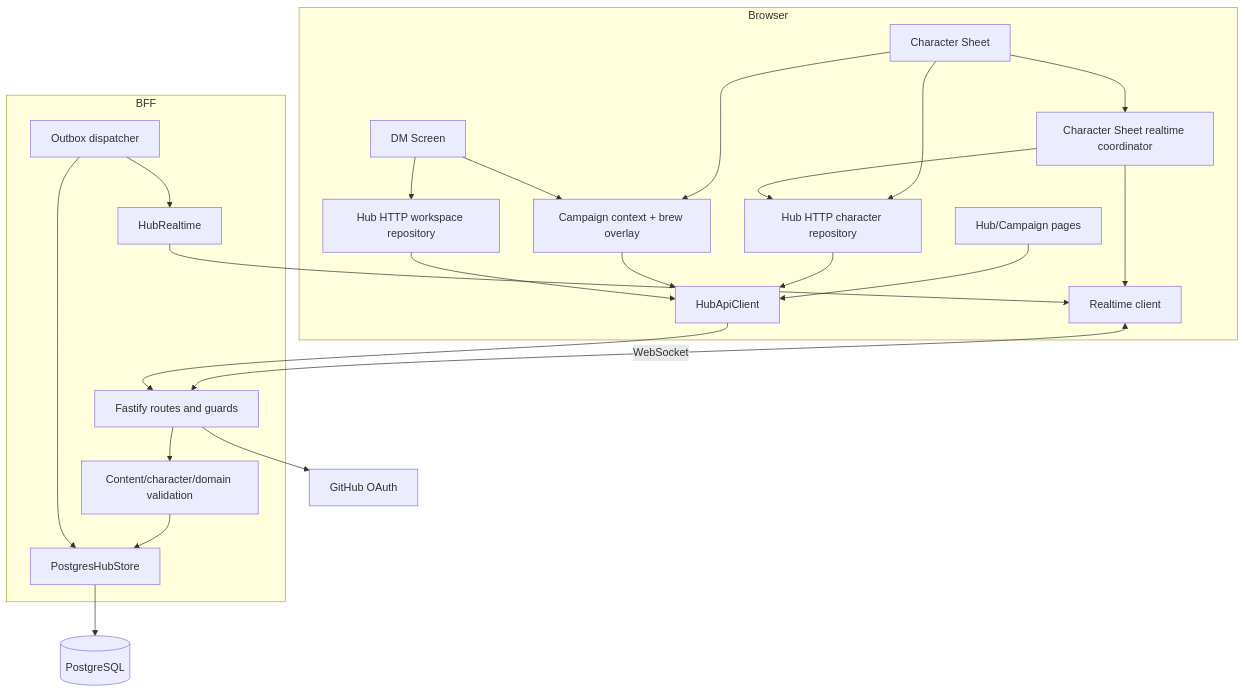
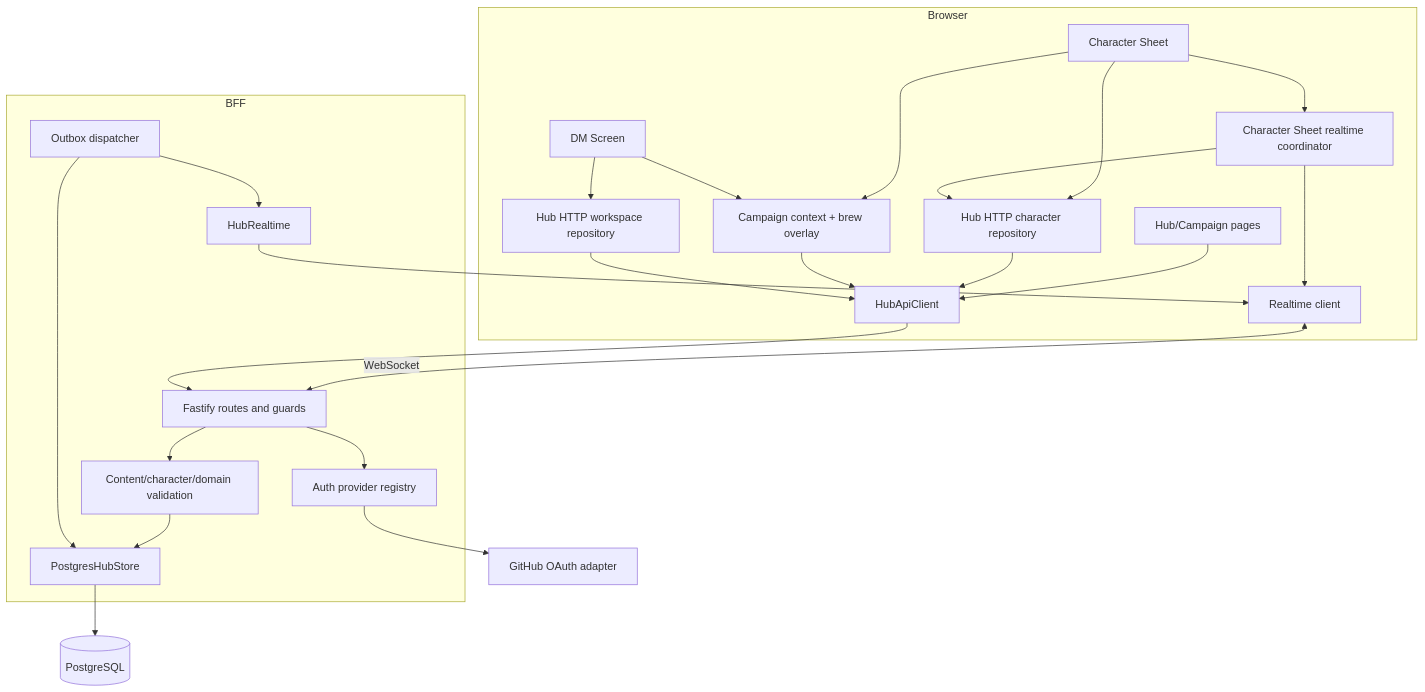
The first of 5 diagrams in docs/hub/architecture.md (TrueMichato/ThelemarTools), drawn with Mermaid before and after one commit. The commit also changed other lines of this file and 19 other files, not shown here.

First line of the commit message:
test(hub): prove registry rollout compatibility

````diff
--- a/docs/hub/architecture.md
+++ b/docs/hub/architecture.md
@@ -22,40 +22,41 @@
 ```mermaid
 flowchart TB
   subgraph Browser
     HubPage[Hub/Campaign pages]
     Sheet[Character Sheet]
     Board[DM Screen]
     API[HubApiClient]
     CharRepo[Hub HTTP character repository]
     SheetRT[Character Sheet realtime coordinator]
     DmRepo[Hub HTTP workspace repository]
     Context[Campaign context + brew overlay]
     RT[Realtime client]
   end
 
   subgraph BFF
     Routes[Fastify routes and guards]
     Store[PostgresHubStore]
     Validate[Content/character/domain validation]
     Realtime[HubRealtime]
     Dispatch[Outbox dispatcher]
+    Auth[Auth provider registry]
   end
 
   PG[(PostgreSQL)]
-  OAuth[GitHub OAuth]
+  OAuth[GitHub OAuth adapter]
 
   HubPage --> API
   Sheet --> CharRepo --> API
   Sheet --> Context --> API
   Sheet --> SheetRT --> RT
   SheetRT --> CharRepo
   Board --> DmRepo --> API
   Board --> Context
   RT <-->|WebSocket| Routes
   API --> Routes
-  Routes --> OAuth
+  Routes --> Auth --> OAuth
   Routes --> Validate --> Store --> PG
   Dispatch --> Store
   Dispatch --> Realtime
   Realtime --> RT
 ```
````
